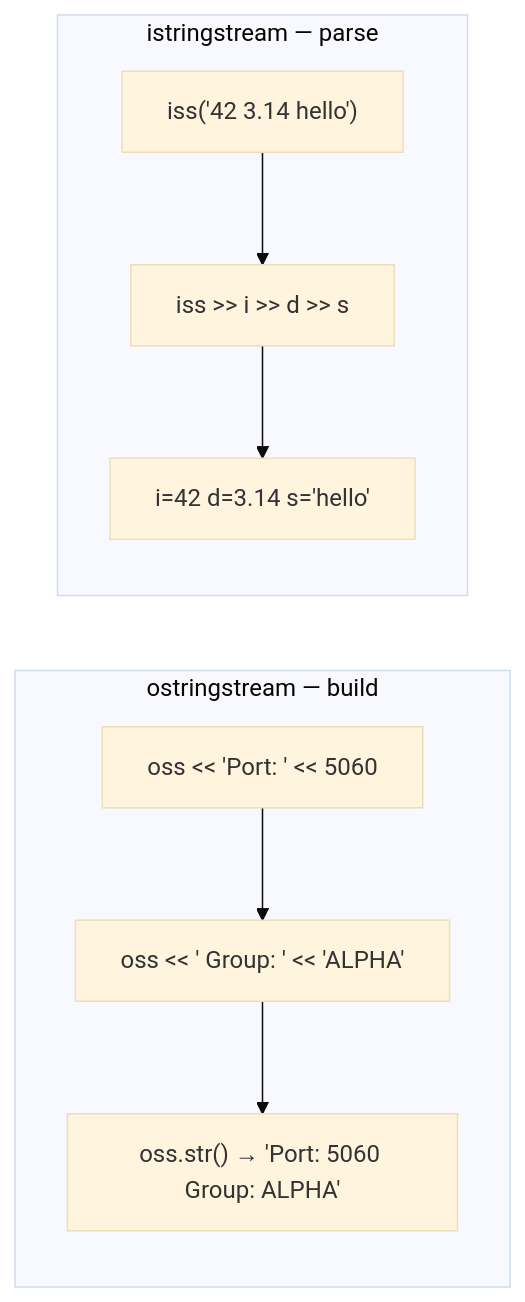
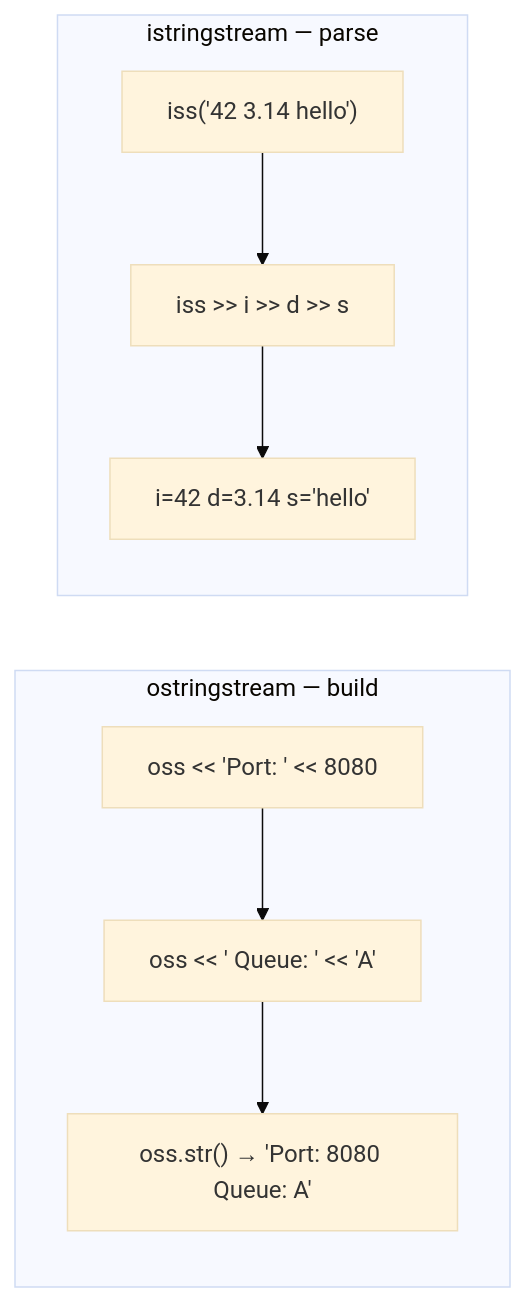
Before and after one commit to Apisteftos/QtTutorialCpp: the fifth of 8 diagrams in 10_SystemPorgramming/01_FileAndStream/README.md, drawn with Mermaid (base theme). The commit also changed other lines of this file and 349 other files, not shown here.

````diff
--- a/10_SystemPorgramming/01_FileAndStream/README.md
+++ b/10_SystemPorgramming/01_FileAndStream/README.md
@@ -196,16 +196,16 @@
 ```mermaid
 flowchart LR
     subgraph OSS ["ostringstream — build"]
-        O1["oss << 'Port: ' << 5060"]
-        O2["oss << ' Group: ' << 'ALPHA'"]
-        O3["oss.str() → 'Port: 5060 Group: ALPHA'"]
+        O1["oss << 'Port: ' << 8080"]
+        O2["oss << ' Queue: ' << 'A'"]
+        O3["oss.str() → 'Port: 8080 Queue: A'"]
         O1 --> O2 --> O3
     end
 
     subgraph ISS ["istringstream — parse"]
         I1["iss('42 3.14 hello')"]
         I2["iss >> i >> d >> s"]
         I3["i=42  d=3.14  s='hello'"]
         I1 --> I2 --> I3
     end
 ```
````
